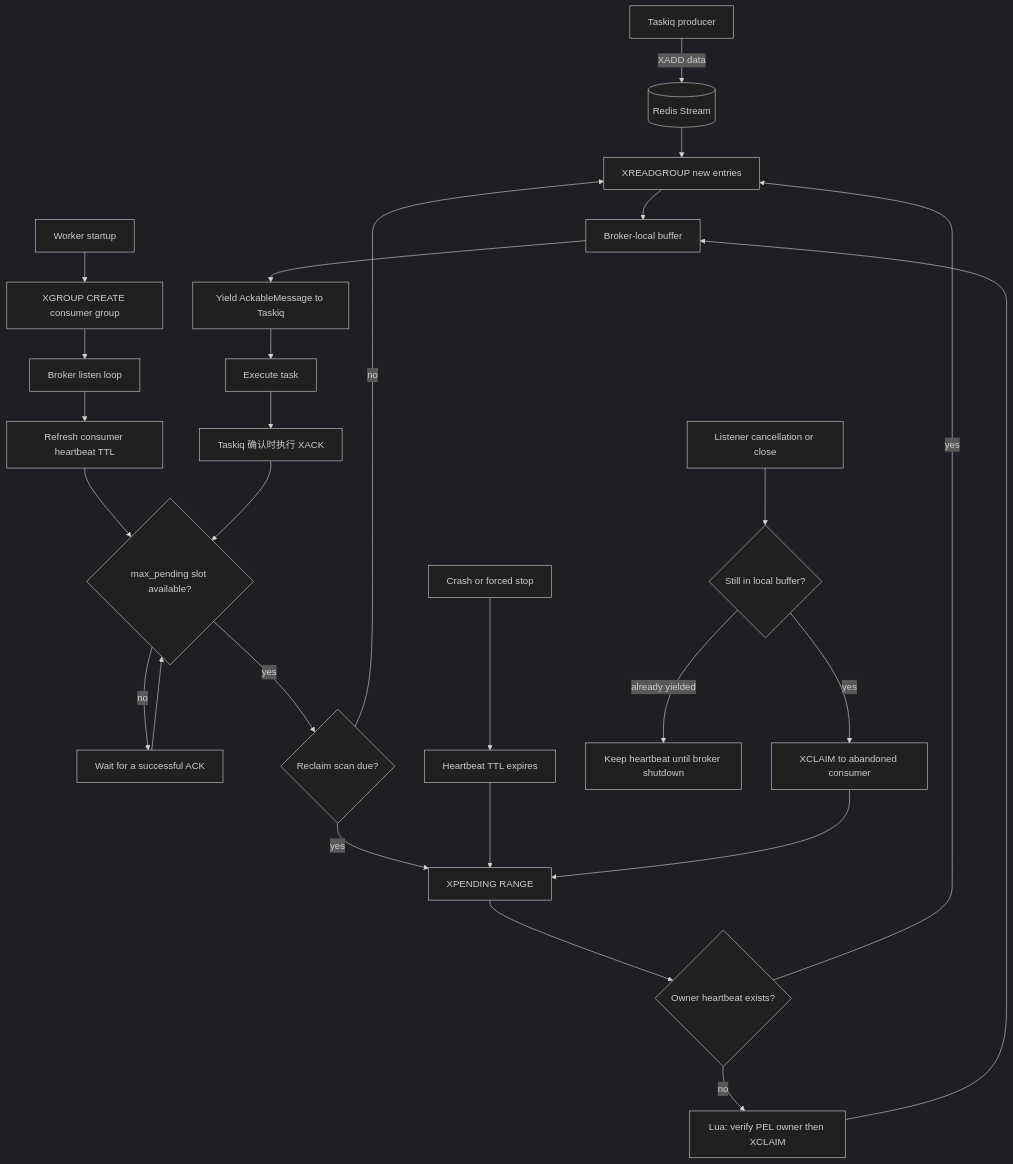
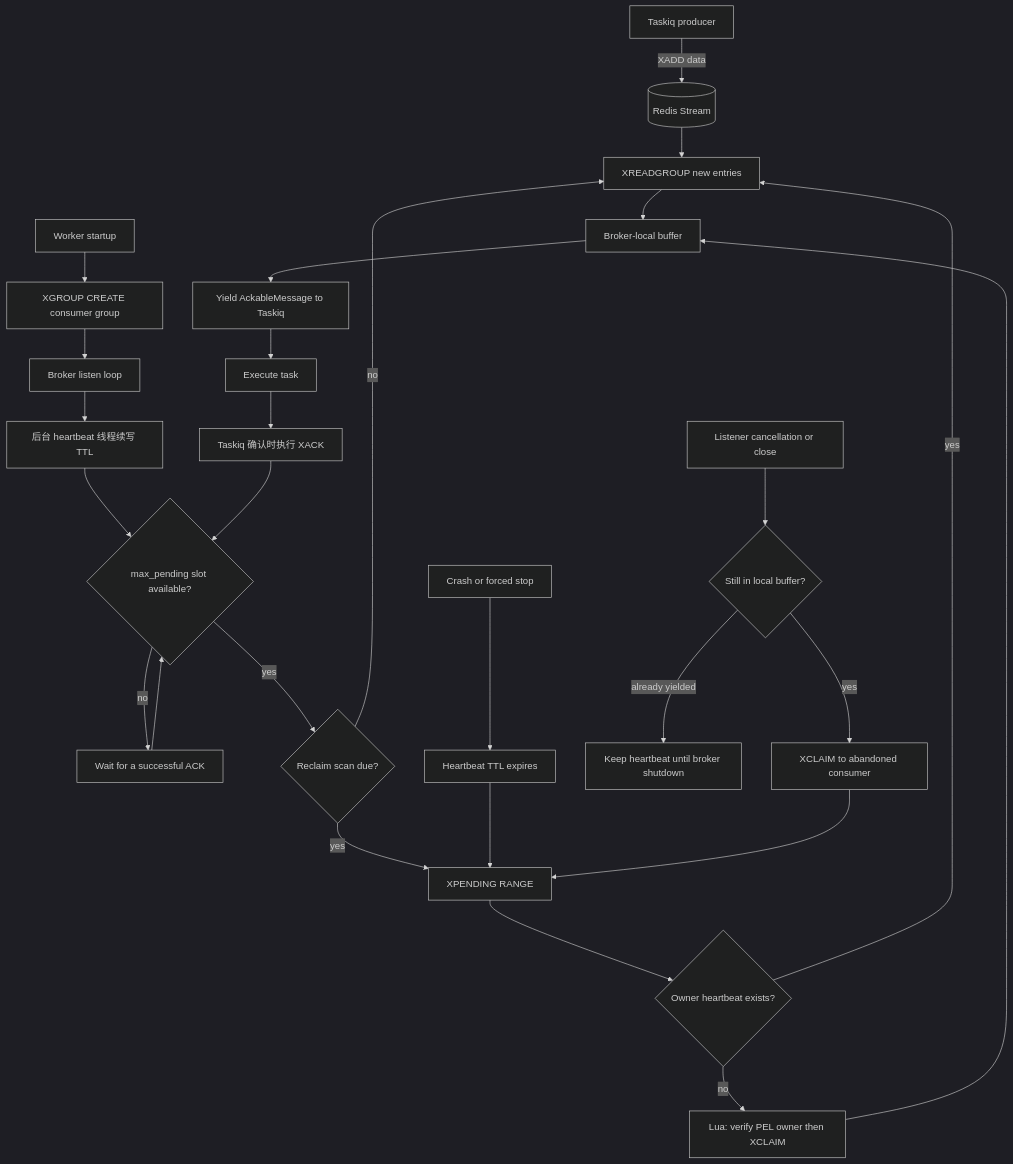
Before and after one commit to vvanglro/taskiq-redis-streams: the diagram in README.zh-CN.md, drawn with Mermaid (dark theme). The commit also changed other lines of this file and 3 other files, not shown here.

````diff
--- a/README.zh-CN.md
+++ b/README.zh-CN.md
@@ -61,30 +61,30 @@
 ```mermaid
 flowchart TD
     producer[Taskiq producer] -->|XADD data| stream[(Redis Stream)]
     startup[Worker startup] --> group[XGROUP CREATE consumer group]
     group --> listener[Broker listen loop]
-    listener --> heartbeat[Refresh consumer heartbeat TTL]
+    listener --> heartbeat[后台 heartbeat 线程续写 TTL]
     heartbeat --> capacity{max_pending slot available?}
     capacity -->|no| wait_ack[Wait for a successful ACK]
     wait_ack --> capacity
     capacity -->|yes| reclaim_due{Reclaim scan due?}
     reclaim_due -->|yes| pending[XPENDING RANGE]
     pending --> lease{Owner heartbeat exists?}
     lease -->|no| claim[Lua: verify PEL owner then XCLAIM]
     lease -->|yes| read
     reclaim_due -->|no| read
     stream --> read[XREADGROUP new entries]
     claim --> buffer[Broker-local buffer]
     read --> buffer
     buffer --> deliver[Yield AckableMessage to Taskiq]
     deliver --> execute[Execute task]
     execute --> ack[Taskiq 确认时执行 XACK]
     ack --> capacity
 
     listener_close[Listener cancellation or close] --> buffered{Still in local buffer?}
     buffered -->|yes| abandoned[XCLAIM to abandoned consumer]
     buffered -->|already yielded| drain[Keep heartbeat until broker shutdown]
     worker_loss[Crash or forced stop] --> expired[Heartbeat TTL expires]
     expired --> pending
     abandoned --> pending
 ```
````
